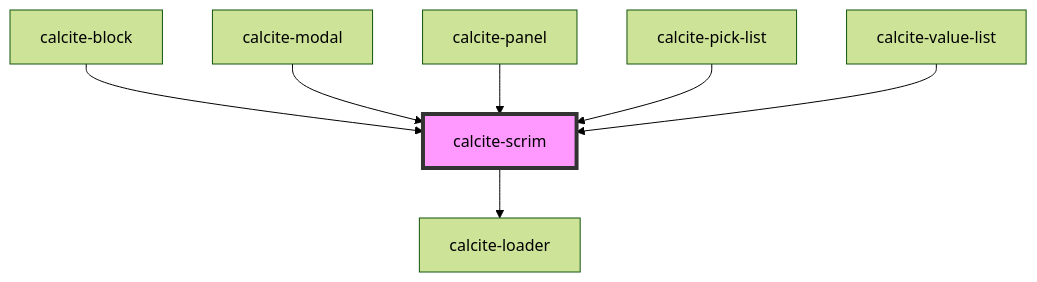
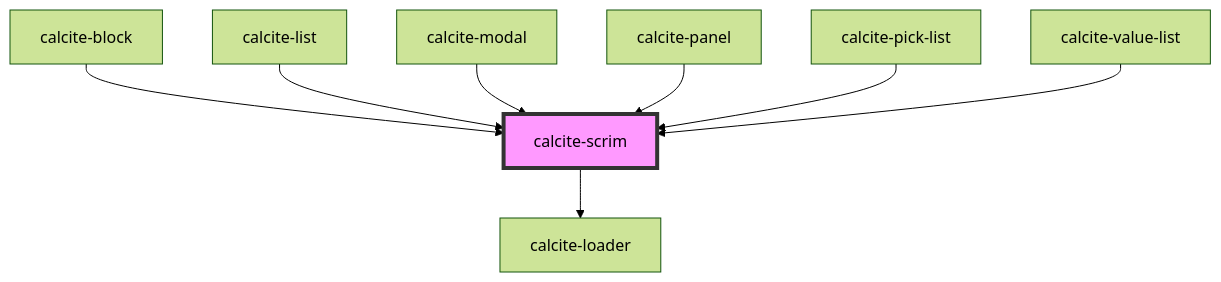
One commit to vikivakarvc/calcite-design-system changed the diagram in src/components/scrim/readme.md. Above: the diagram before and after it, drawn with Mermaid (forest theme). The commit also changed other lines of this file and 6 other files, not shown here.

````diff
--- a/src/components/scrim/readme.md
+++ b/src/components/scrim/readme.md
@@ -66,10 +67,11 @@
 ```mermaid
 graph TD;
   calcite-scrim --> calcite-loader
   calcite-block --> calcite-scrim
+  calcite-list --> calcite-scrim
   calcite-modal --> calcite-scrim
   calcite-panel --> calcite-scrim
   calcite-pick-list --> calcite-scrim
   calcite-value-list --> calcite-scrim
   style calcite-scrim fill:#f9f,stroke:#333,stroke-width:4px
 ```
````
